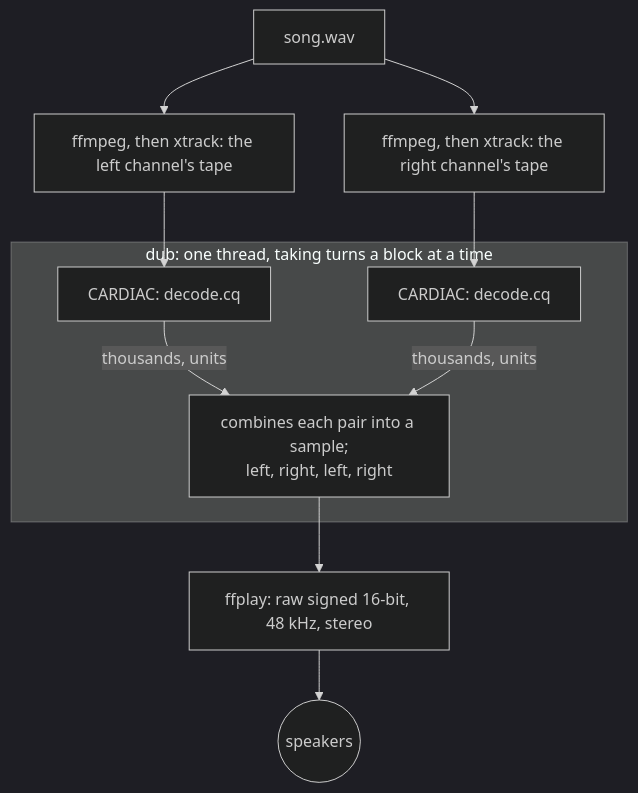
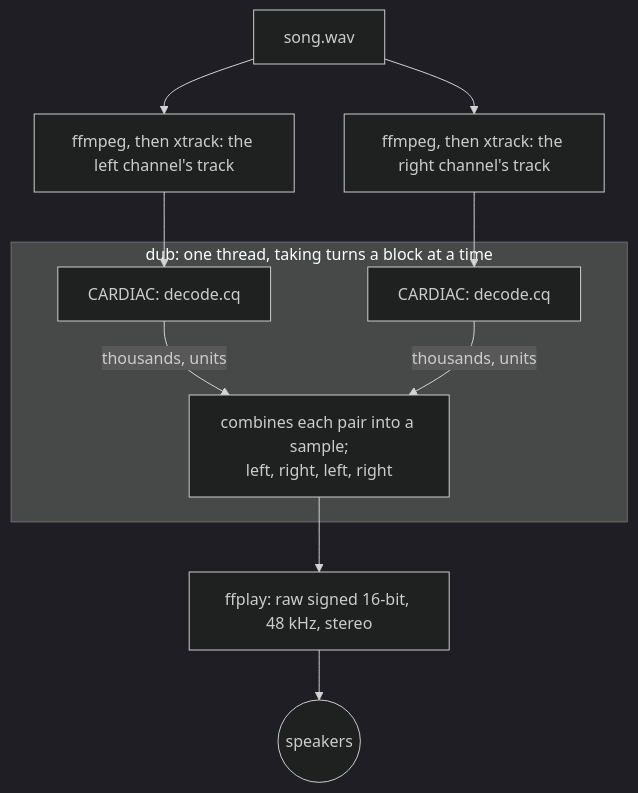
Before and after one commit to StrangeQuery/cardiaq: the fourth of 4 diagrams in docs/AUDIO.md, drawn with Mermaid (dark theme). The commit also changed other lines of this file and 6 other files, not shown here.

````diff
--- a/docs/AUDIO.md
+++ b/docs/AUDIO.md
@@ -575,15 +575,15 @@
 ```mermaid
 flowchart TD
-  A["song.wav"] --> PL["ffmpeg, then xtrack: the left channel's tape"]
-  A --> PR["ffmpeg, then xtrack: the right channel's tape"]
+  A["song.wav"] --> PL["ffmpeg, then xtrack: the left channel's track"]
+  A --> PR["ffmpeg, then xtrack: the right channel's track"]
   subgraph dub ["dub: one thread, taking turns a block at a time"]
     CL["CARDIAC: decode.cq"]
     CR["CARDIAC: decode.cq"]
     J["combines each pair into a sample;<br/>left, right, left, right"]
   end
   PL --> CL
   PR --> CR
   CL -- "thousands, units" --> J
   CR -- "thousands, units" --> J
   J --> FF["ffplay: raw signed 16-bit, 48 kHz, stereo"] --> SP(("speakers"))
 ```
````
